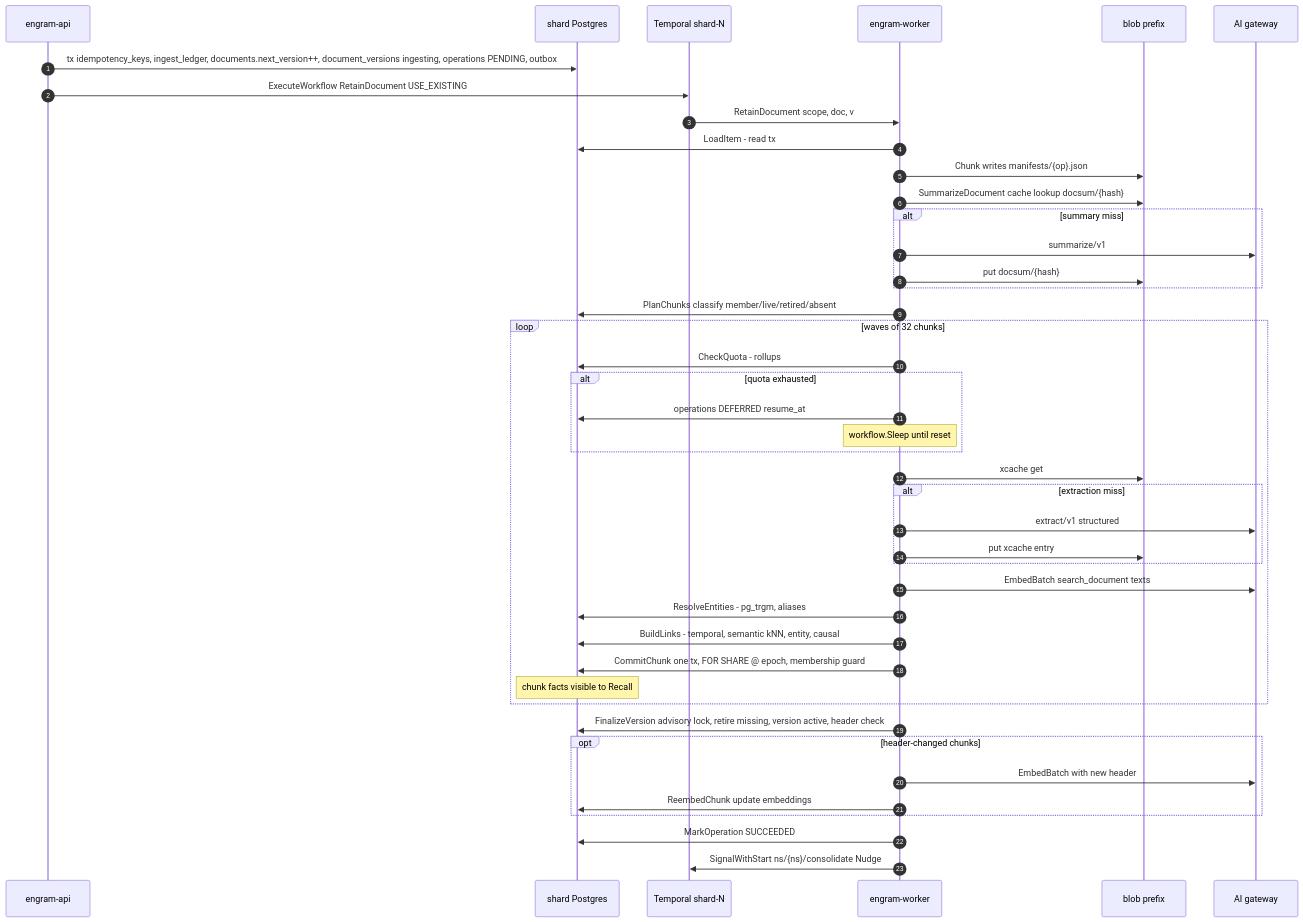
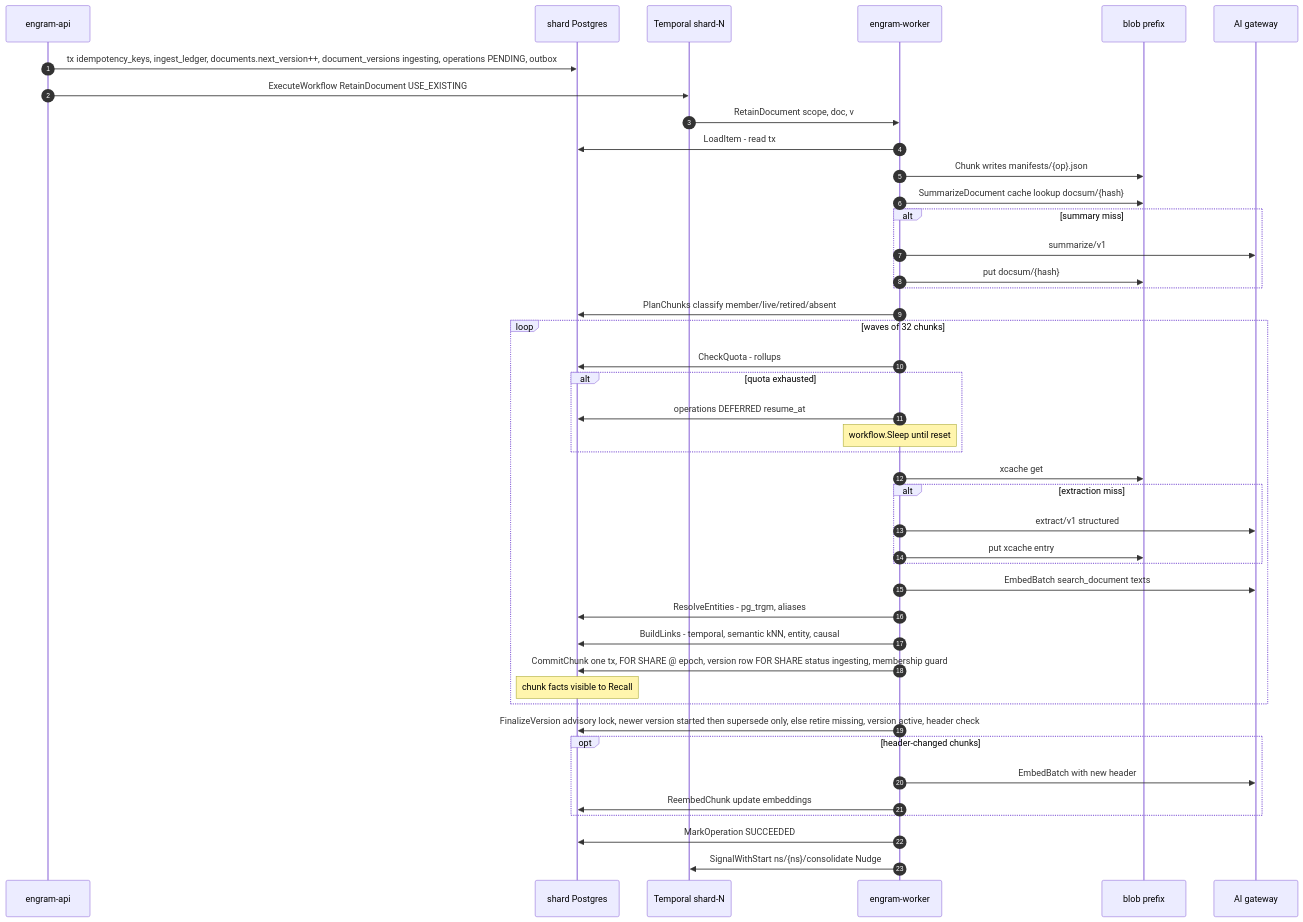
One commit to gstamatakis95/agent-memory-benchmark changed the first of 6 diagrams in plans/engram/sections/05-pipelines.md. Above: the diagram before and after it, drawn with Mermaid. The commit also changed other lines of this file, not shown here.

````diff
--- a/plans/engram/sections/05-pipelines.md
+++ b/plans/engram/sections/05-pipelines.md
@@ -371,45 +403,45 @@
 ```mermaid
 sequenceDiagram
   autonumber
   participant API as engram-api
   participant DB as shard Postgres
   participant T as Temporal shard-N
   participant W as engram-worker
   participant B as blob prefix
   participant G as AI gateway
   API->>DB: tx idempotency_keys, ingest_ledger, documents.next_version++, document_versions ingesting, operations PENDING, outbox
   API->>T: ExecuteWorkflow RetainDocument USE_EXISTING
  T->>W: RetainDocument scope, doc, v
  W->>DB: LoadItem - read tx
   W->>B: Chunk writes manifests/{op}.json
   W->>B: SummarizeDocument cache lookup docsum/{hash}
   alt summary miss
     W->>G: summarize/v1
     W->>B: put docsum/{hash}
   end
   W->>DB: PlanChunks classify member/live/retired/absent
   loop waves of 32 chunks
  W->>DB: CheckQuota - rollups
     alt quota exhausted
       W->>DB: operations DEFERRED resume_at
  Note over W: workflow.Sleep until reset
     end
     W->>B: xcache get
     alt extraction miss
       W->>G: extract/v1 structured
       W->>B: put xcache entry
     end
     W->>G: EmbedBatch search_document texts
  W->>DB: ResolveEntities - pg_trgm, aliases
  W->>DB: BuildLinks - temporal, semantic kNN, entity, causal
-    W->>DB: CommitChunk one tx, FOR SHARE @ epoch, membership guard
+    W->>DB: CommitChunk one tx, FOR SHARE @ epoch, version row FOR SHARE status ingesting, membership guard
     Note over DB: chunk facts visible to Recall
   end
-  W->>DB: FinalizeVersion advisory lock, retire missing, version active, header check
+  W->>DB: FinalizeVersion advisory lock, newer version started then supersede only, else retire missing, version active, header check
   opt header-changed chunks
     W->>G: EmbedBatch with new header
     W->>DB: ReembedChunk update embeddings
   end
   W->>DB: MarkOperation SUCCEEDED
   W->>T: SignalWithStart ns/{ns}/consolidate Nudge
 ```
````
